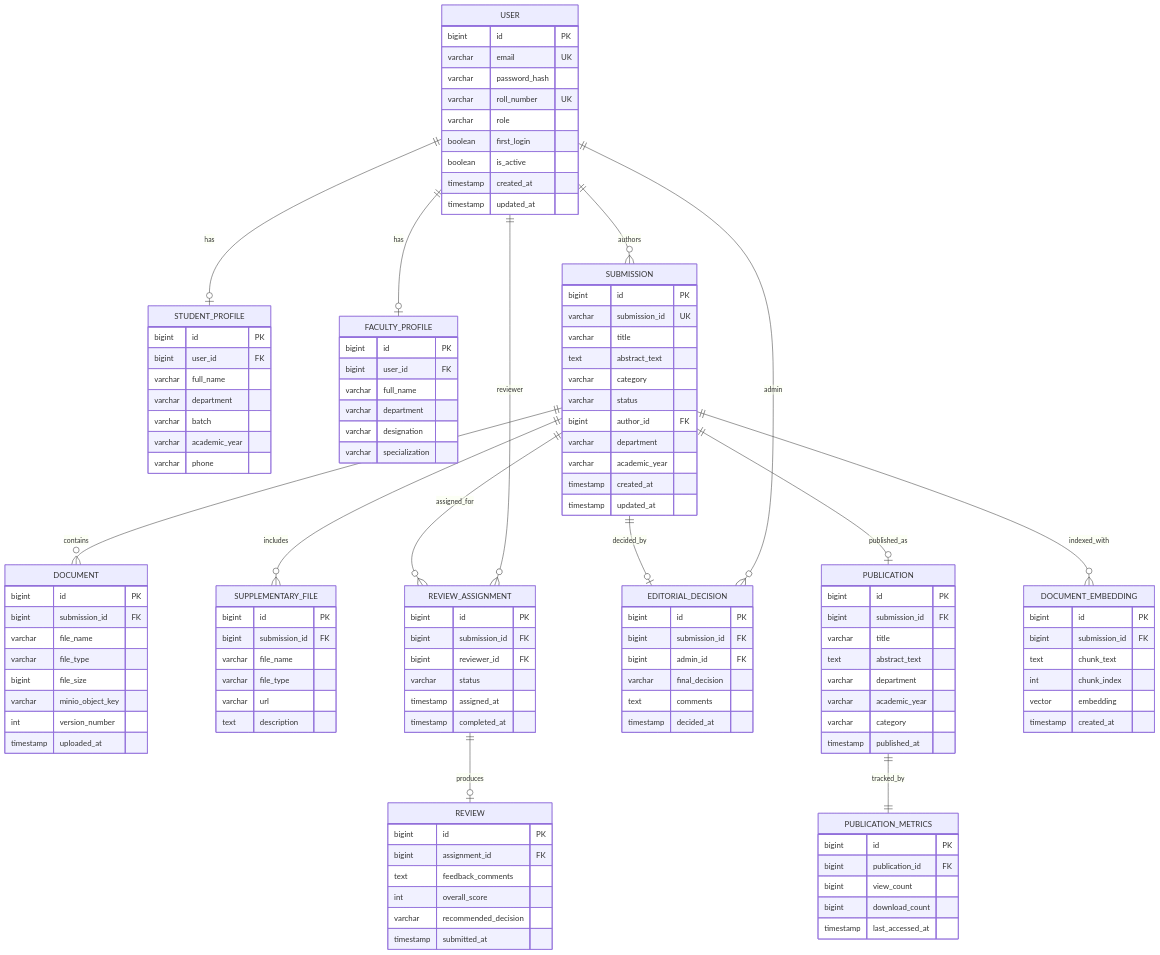
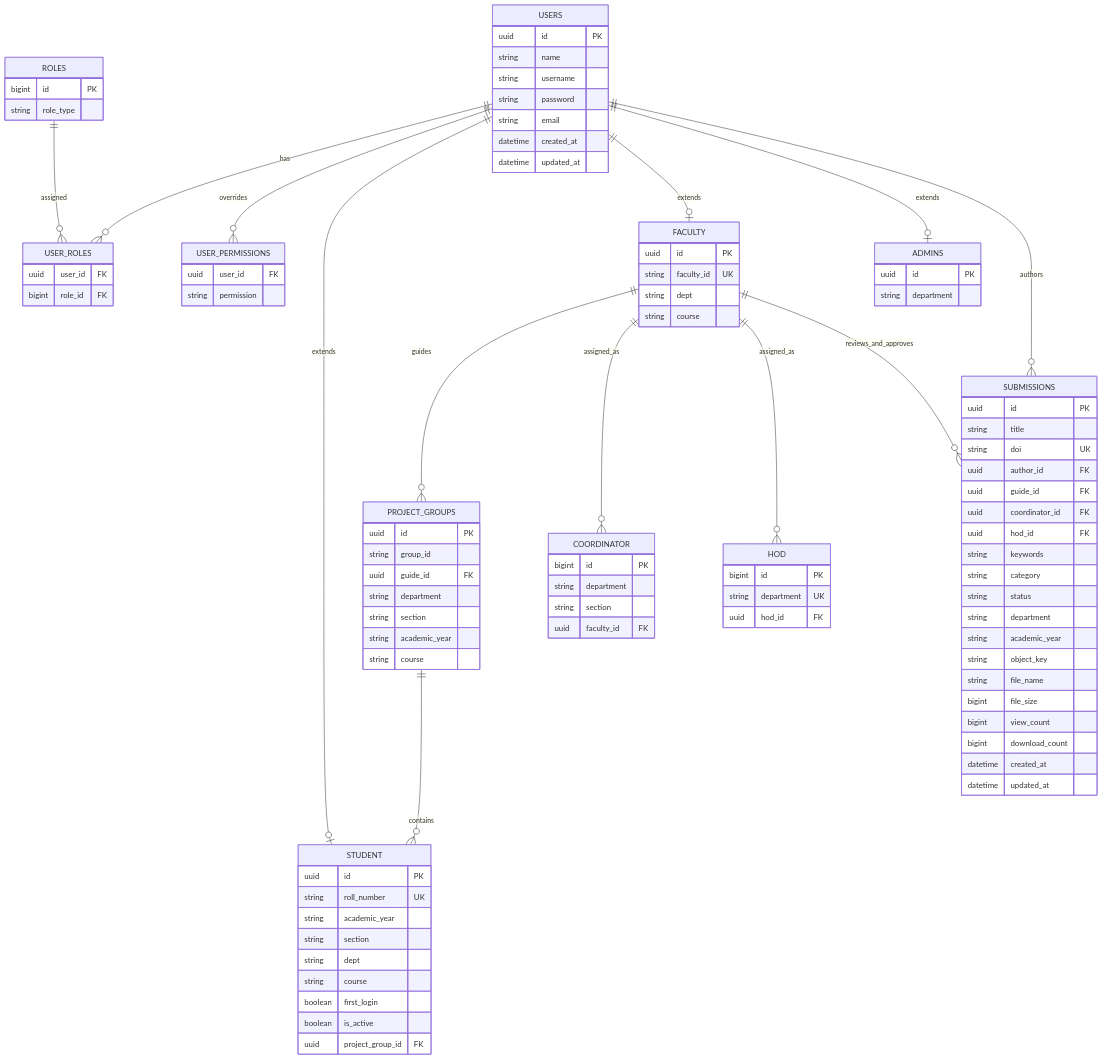
The third of 4 diagrams in profile/README.md (JB-Academic-Publication-Portal/.github), drawn with Mermaid before and after one commit. The commit also changed other lines of this file, not shown here.

````diff
--- a/profile/README.md
+++ b/profile/README.md
@@ -732,136 +285,112 @@
 ```mermaid
 erDiagram
-    USER {
+    USERS {
+        uuid id PK
+        string name
+        string username
+        string password
+        string email
+        datetime created_at
+        datetime updated_at
+    }
+
+    ROLES {
         bigint id PK
-        varchar email UK
-        varchar password_hash
-        varchar roll_number UK
-        varchar role
+        string role_type
+    }
+
+    USER_ROLES {
+        uuid user_id FK
+        bigint role_id FK
+    }
+
+    USER_PERMISSIONS {
+        uuid user_id FK
+        string permission
+    }
+
+    STUDENT {
+        uuid id PK
+        string roll_number UK
+        string academic_year
+        string section
+        string dept
+        string course
         boolean first_login
         boolean is_active
-        timestamp created_at
-        timestamp updated_at
+        uuid project_group_id FK
     }
 
-    STUDENT_PROFILE {
-        bigint id PK
-        bigint user_id FK
-        varchar full_name
-        varchar department
-        varchar batch
-        varchar academic_year
-        varchar phone
+    FACULTY {
+        uuid id PK
+        string faculty_id UK
+        string dept
+        string course
     }
 
-    FACULTY_PROFILE {
-        bigint id PK
-        bigint user_id FK
-        varchar full_name
-        varchar department
-        varchar designation
-        varchar specialization
+    ADMINS {
+        uuid id PK
+        string department
     }
 
-    SUBMISSION {
-        bigint id PK
-        varchar submission_id UK
-        varchar title
-        text abstract_text
-        varchar category
-        varchar status
-        bigint author_id FK
-        varchar department
-        varchar academic_year
-        timestamp created_at
-        timestamp updated_at
+    PROJECT_GROUPS {
+        uuid id PK
+        string group_id
+        uuid guide_id FK
+        string department
+        string section
+        string academic_year
+        string course
     }
 
-    DOCUMENT {
+    COORDINATOR {
         bigint id PK
-        bigint submission_id FK
-        varchar file_name
-        varchar file_type
-        bigint file_size
-        varchar minio_object_key
-        int version_number
-        timestamp uploaded_at
+        string department
+        string section
+        uuid faculty_id FK
     }
 
-    SUPPLEMENTARY_FILE {
+    HOD {
         bigint id PK
-        bigint submission_id FK
-        varchar file_name
-        varchar file_type
-        varchar url
-        text description
+        string department UK
+        uuid hod_id FK
     }
 
-    REVIEW_ASSIGNMENT {
-        bigint id PK
-        bigint submission_id FK
-        bigint reviewer_id FK
-        varchar status
-        timestamp assigned_at
-        timestamp completed_at
+    SUBMISSIONS {
+        uuid id PK
+        string title
+        string doi UK
+        uuid author_id FK
+        uuid guide_id FK
+        uuid coordinator_id FK
+        uuid hod_id FK
+        string keywords
+        string category
+        string status
+        string department
+        string academic_year
+        string object_key
+        string file_name
+        bigint file_size
+        bigint view_count
+        bigint download_count
+        datetime created_at
+        datetime updated_at
     }
 
-    REVIEW {
-        bigint id PK
-        bigint assignment_id FK
-        text feedback_comments
-        int overall_score
-        varchar recommended_decision
-        timestamp submitted_at
-    }
+    USERS ||--o{ USER_ROLES : has
+    ROLES ||--o{ USER_ROLES : assigned
+    USERS ||--o{ USER_PERMISSIONS : overrides
 
-    EDITORIAL_DECISION {
-        bigint id PK
-        bigint submission_id FK
-        bigint admin_id FK
-        varchar final_decision
-        text comments
-        timestamp decided_at
-    }
+    USERS ||--o| STUDENT : extends
+    USERS ||--o| FACULTY : extends
+    USERS ||--o| ADMINS : extends
 
-    PUBLICATION {
-        bigint id PK
-        bigint submission_id FK
-        varchar title
-        text abstract_text
-        varchar department
-        varchar academic_year
-        varchar category
-        timestamp published_at
-    }
+    PROJECT_GROUPS ||--o{ STUDENT : contains
+    FACULTY ||--o{ PROJECT_GROUPS : guides
+    FACULTY ||--o{ COORDINATOR : assigned_as
+    FACULTY ||--o{ HOD : assigned_as
 
-    PUBLICATION_METRICS {
-        bigint id PK
-        bigint publication_id FK
-        bigint view_count
-        bigint download_count
-        timestamp last_accessed_at
-    }
-
-    DOCUMENT_EMBEDDING {
-        bigint id PK
-        bigint submission_id FK
-        text chunk_text
-        int chunk_index
-        vector embedding
-        timestamp created_at
-    }
-
-    USER ||--o| STUDENT_PROFILE : has
-    USER ||--o| FACULTY_PROFILE : has
-    USER ||--o{ SUBMISSION : authors
-    SUBMISSION ||--o{ DOCUMENT : contains
-    SUBMISSION ||--o{ SUPPLEMENTARY_FILE : includes
-    SUBMISSION ||--o{ REVIEW_ASSIGNMENT : assigned_for
-    REVIEW_ASSIGNMENT ||--o| REVIEW : produces
-    REVIEW_ASSIGNMENT }o--|| USER : reviewer
-    SUBMISSION ||--o| EDITORIAL_DECISION : decided_by
-    EDITORIAL_DECISION }o--|| USER : admin
-    SUBMISSION ||--o| PUBLICATION : published_as
-    PUBLICATION ||--|| PUBLICATION_METRICS : tracked_by
-    SUBMISSION ||--o{ DOCUMENT_EMBEDDING : indexed_with
+    USERS ||--o{ SUBMISSIONS : authors
+    FACULTY ||--o{ SUBMISSIONS : reviews_and_approves
 ```
````
